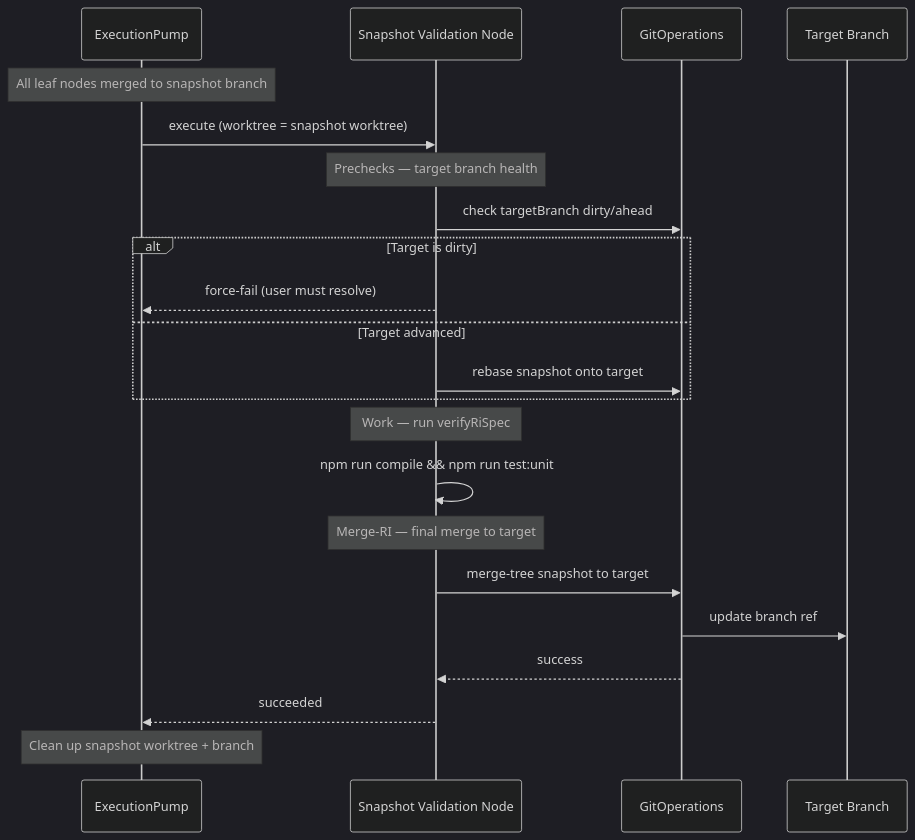
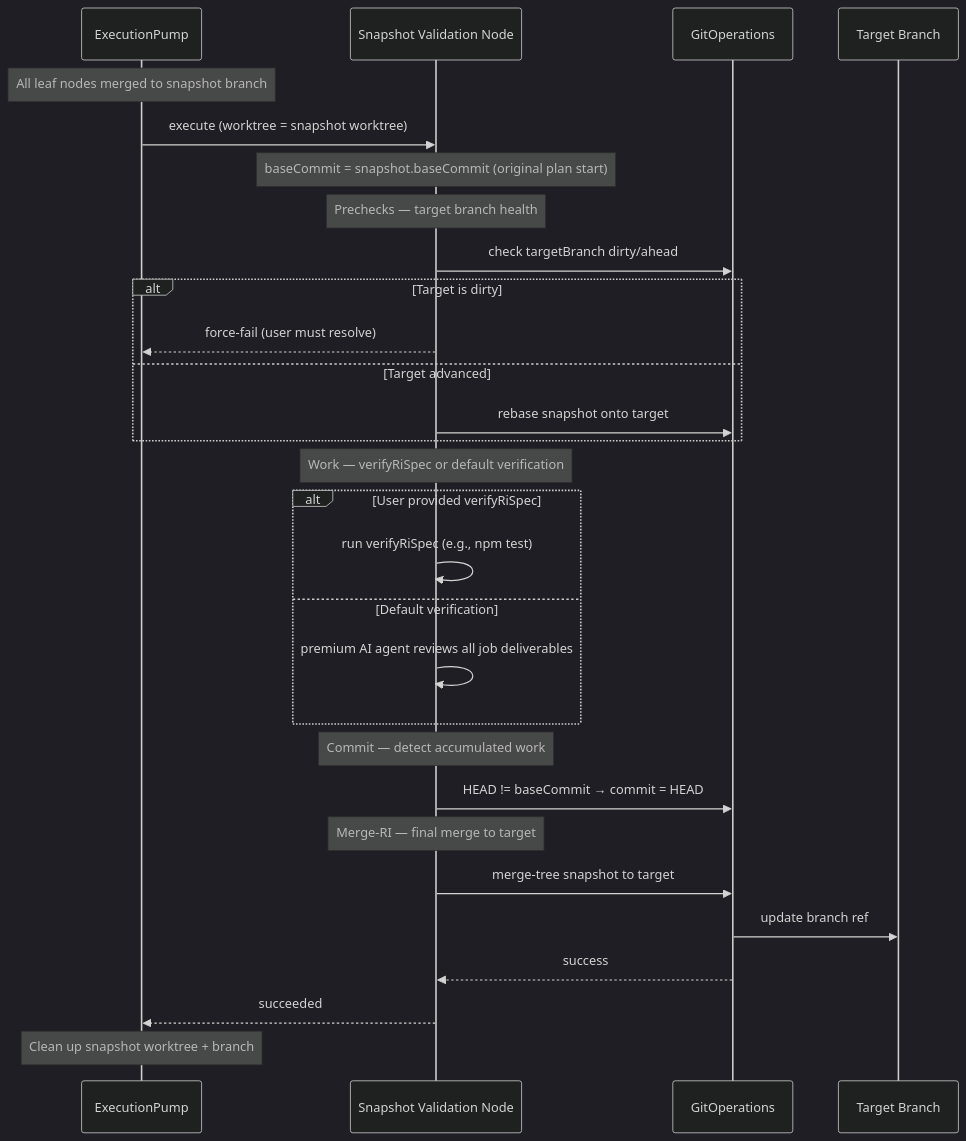
Before and after one commit to JeromySt/vscode-copilot-orchestrator: the seventh of 22 diagrams in docs/ARCHITECTURE.md, drawn with Mermaid (dark theme). The commit also changed other lines of this file and 234 other files, not shown here.

````diff
--- a/docs/ARCHITECTURE.md
+++ b/docs/ARCHITECTURE.md
@@ -386,30 +407,38 @@
 ```mermaid
 sequenceDiagram
     participant Pump as ExecutionPump
     participant SV as Snapshot Validation Node
     participant Git as GitOperations
     participant Target as Target Branch
 
     Note over Pump: All leaf nodes merged to snapshot branch
 
     Pump->>SV: execute (worktree = snapshot worktree)
+    Note over SV: baseCommit = snapshot.baseCommit (original plan start)
 
     Note over SV: Prechecks — target branch health
     SV->>Git: check targetBranch dirty/ahead
     alt Target is dirty
         SV-->>Pump: force-fail (user must resolve)
     else Target advanced
         SV->>Git: rebase snapshot onto target
     end
 
-    Note over SV: Work — run verifyRiSpec
-    SV->>SV: npm run compile && npm run test:unit
+    Note over SV: Work — verifyRiSpec or default verification
+    alt User provided verifyRiSpec
+        SV->>SV: run verifyRiSpec (e.g., npm test)
+    else Default verification
+        SV->>SV: premium AI agent reviews all job deliverables
+    end
+
+    Note over SV: Commit — detect accumulated work
+    SV->>Git: HEAD != baseCommit → commit = HEAD
 
     Note over SV: Merge-RI — final merge to target
     SV->>Git: merge-tree snapshot to target
     Git->>Target: update branch ref
     Git-->>SV: success
 
     SV-->>Pump: succeeded
     Note over Pump: Clean up snapshot worktree + branch
 ```
````
